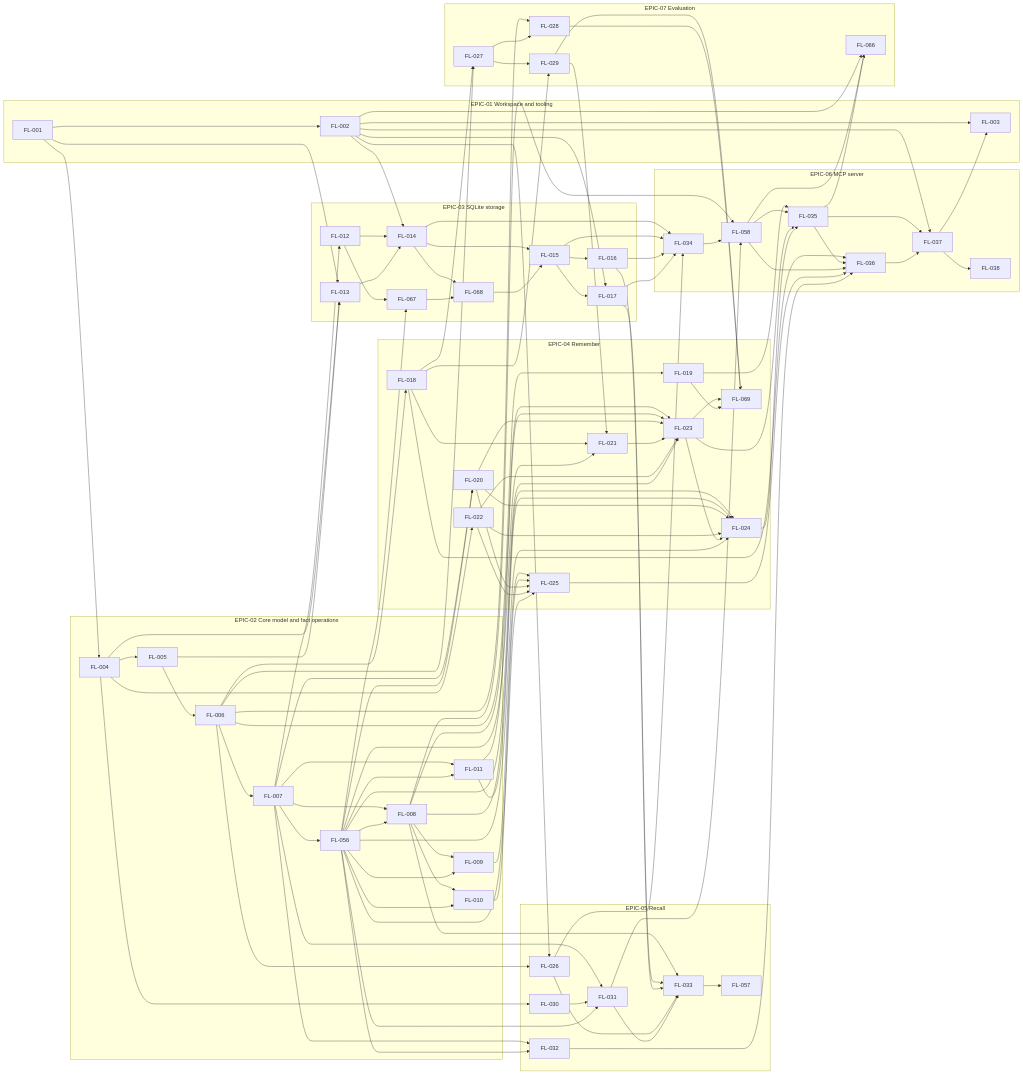
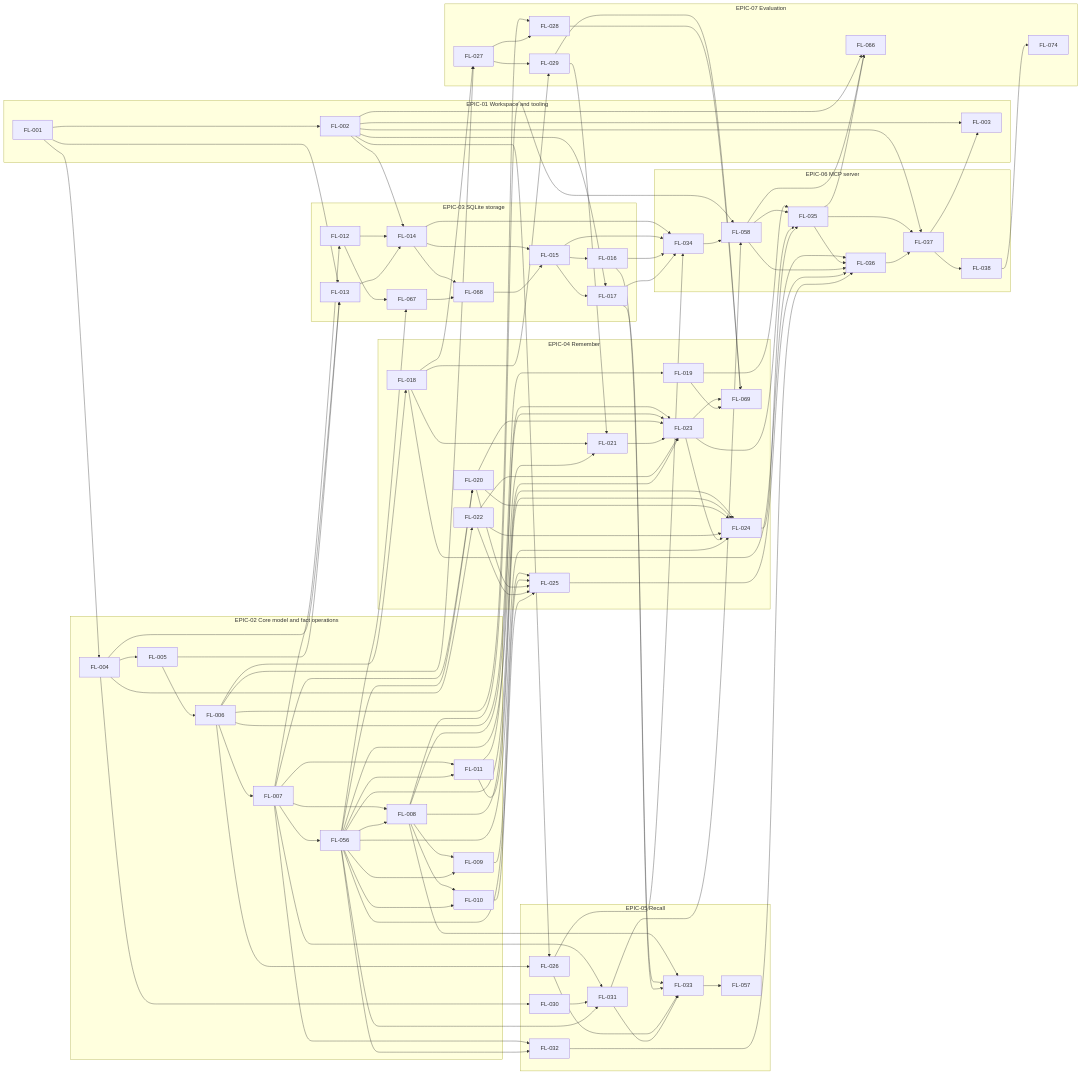
Before and after one commit to Enriquez-Johnmark/factloom: the first of 2 diagrams in docs/roadmap/ROADMAP.md, drawn with Mermaid. The commit also changed other lines of this file, not shown here.

Commit message:
docs: regenerate roadmap index for 74 work items

````diff
--- a/docs/roadmap/ROADMAP.md
+++ b/docs/roadmap/ROADMAP.md
@@ -196,6 +197,7 @@
     FL028["FL-028"]
     FL029["FL-029"]
     FL066["FL-066"]
+    FL074["FL-074"]
   end
   FL001 --> FL002
   FL002 --> FL003
@@ -302,4 +304,5 @@
   FL029 --> FL069
   FL028 --> FL069
   FL019 --> FL069
+  FL038 --> FL074
 ```
````
